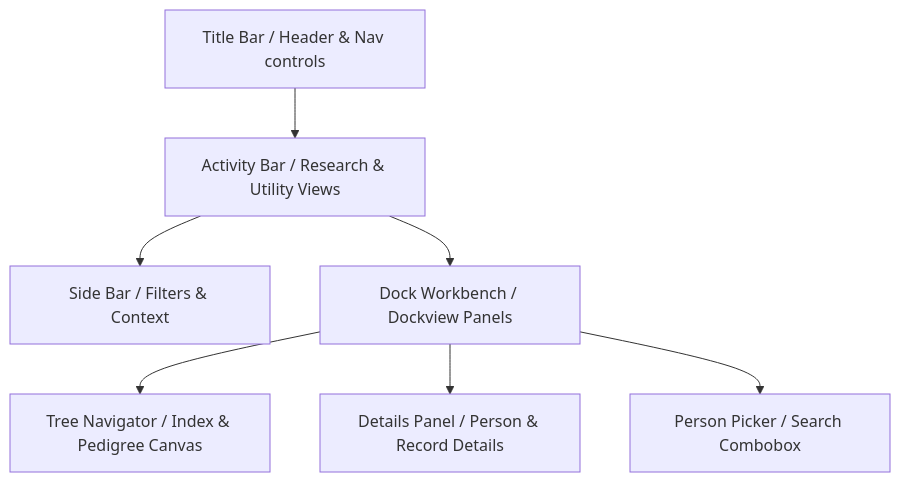
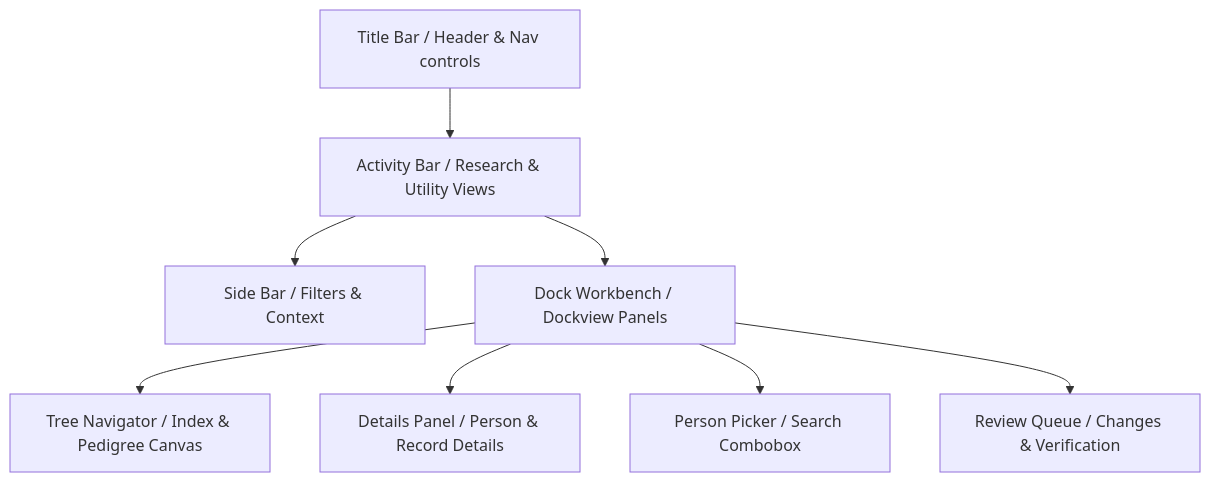
One commit to alerum68/Theogony changed the diagram in openwiki/workflows/navigating-the-interface.md. Above: the diagram before and after it, drawn with Mermaid. The commit also changed other lines of this file and 22 other files, not shown here.

````diff
--- a/openwiki/workflows/navigating-the-interface.md
+++ b/openwiki/workflows/navigating-the-interface.md
@@ -29,9 +23,10 @@
 ```mermaid
 graph TD
     TB[Title Bar / Header & Nav controls] --> AB[Activity Bar / Research & Utility Views]
     AB --> SB[Side Bar / Filters & Context]
     AB --> DW[Dock Workbench / Dockview Panels]
     DW --> TN[Tree Navigator / Index & Pedigree Canvas]
     DW --> DP[Details Panel / Person & Record Details]
     DW --> PP[Person Picker / Search Combobox]
+    DW --> RQ[Review Queue / Changes & Verification]
 ```
````
